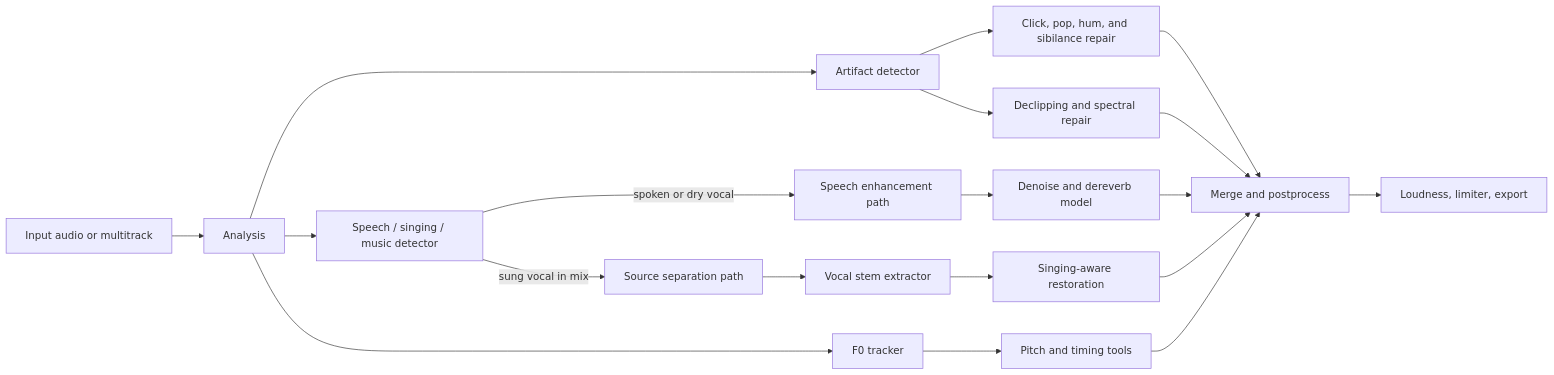
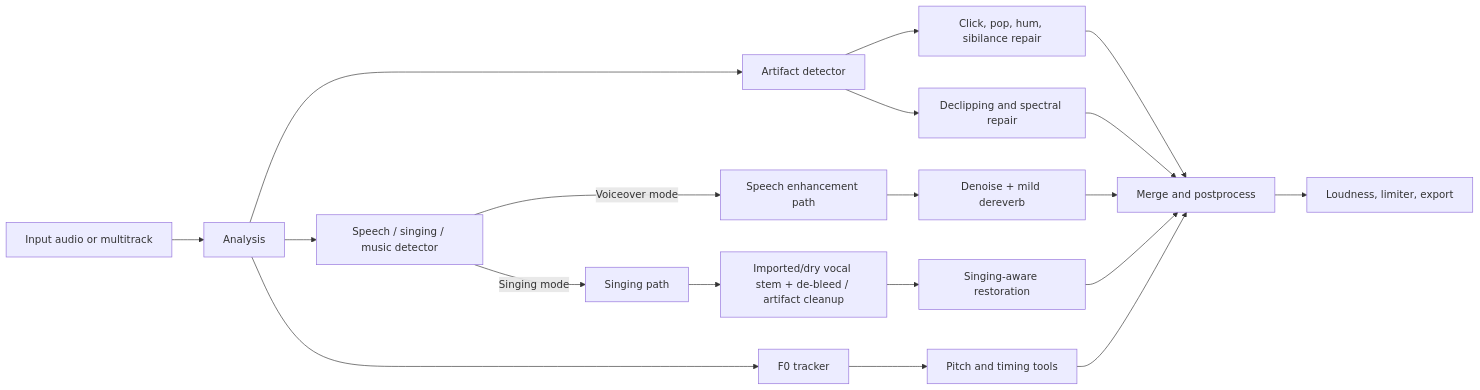
One commit to DanielKinsner/yes-voice changed the first of 2 diagrams in docs/research/consolidated-voice-restoration-research.md. Above: the diagram before and after it, drawn with Mermaid. The commit also changed other lines of this file and 4 other files, not shown here.

````diff
--- a/docs/research/consolidated-voice-restoration-research.md
+++ b/docs/research/consolidated-voice-restoration-research.md
@@ -47,21 +68,21 @@
 ```mermaid
 flowchart LR
     A[Input audio or multitrack] --> B[Analysis]
     B --> C[Speech / singing / music detector]
     B --> D[Artifact detector]
     B --> E[F0 tracker]
-    C -->|spoken or dry vocal| F[Speech enhancement path]
-    C -->|sung vocal in mix| G[Source separation path]
-    D --> H[Click, pop, hum, and sibilance repair]
+    C -->|Voiceover mode| F[Speech enhancement path]
+    C -->|Singing mode| G[Singing path]
+    D --> H[Click, pop, hum, sibilance repair]
     D --> I[Declipping and spectral repair]
-    F --> J[Denoise and dereverb model]
-    G --> K[Vocal stem extractor]
+    F --> J[Denoise + mild dereverb]
+    G --> K[Imported/dry vocal stem + de-bleed / artifact cleanup]
     K --> L[Singing-aware restoration]
     E --> M[Pitch and timing tools]
     H --> N[Merge and postprocess]
     I --> N
     J --> N
     L --> N
     M --> N
     N --> O[Loudness, limiter, export]
 ```
````
